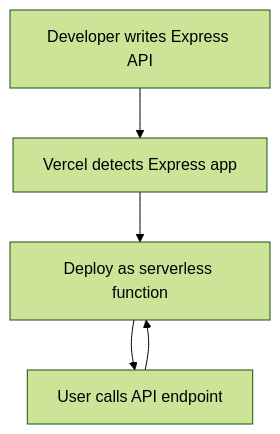
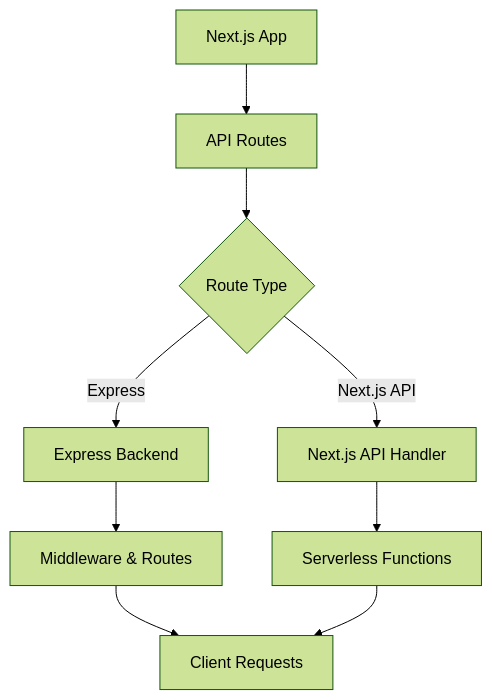
The diagram in content/blog/2025-09-05-zero-configuration-express-backends-89d739.mdx (zeeshanjunaid/zeeshanjunaid.dev), drawn with Mermaid (forest theme) before and after one commit. The commit also changed other lines of this file, not shown here.

````diff
--- a/content/blog/2025-09-05-zero-configuration-express-backends-89d739.mdx
+++ b/content/blog/2025-09-05-zero-configuration-express-backends-89d739.mdx
@@ -94,8 +154,10 @@
 ```mermaid
-%% Express backend deployment flow
 flowchart TD
-  Dev[Developer writes Express API] --> Vercel[Vercel detects Express app]
-  Vercel --> Deploy[Deploy as serverless function]
-  Deploy --> User[User calls API endpoint]
-  User --> Deploy
+  A[Next.js App] --> B[API Routes]
+  B --> C{Route Type}
+  C -->|Express| D[Express Backend]
+  C -->|Next.js API| E[Next.js API Handler]
+  D --> F[Middleware & Routes]
+  E --> G[Serverless Functions]
+  F & G --> H[Client Requests]
 ```
````
